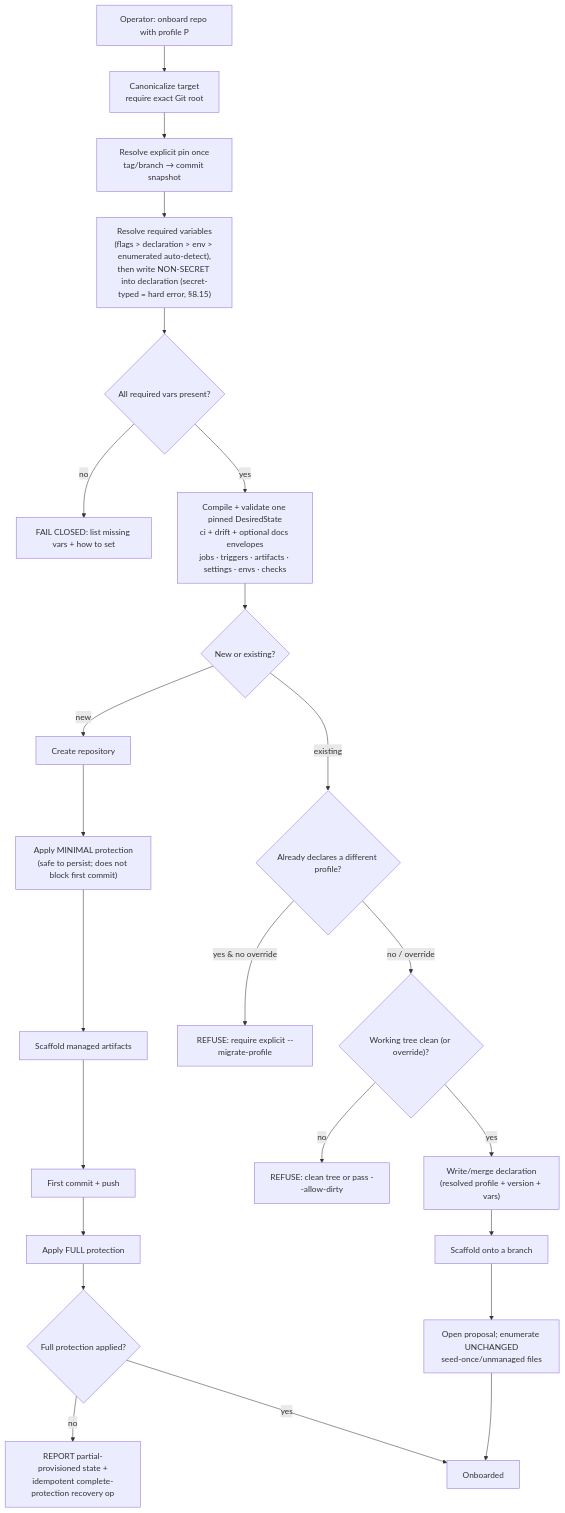
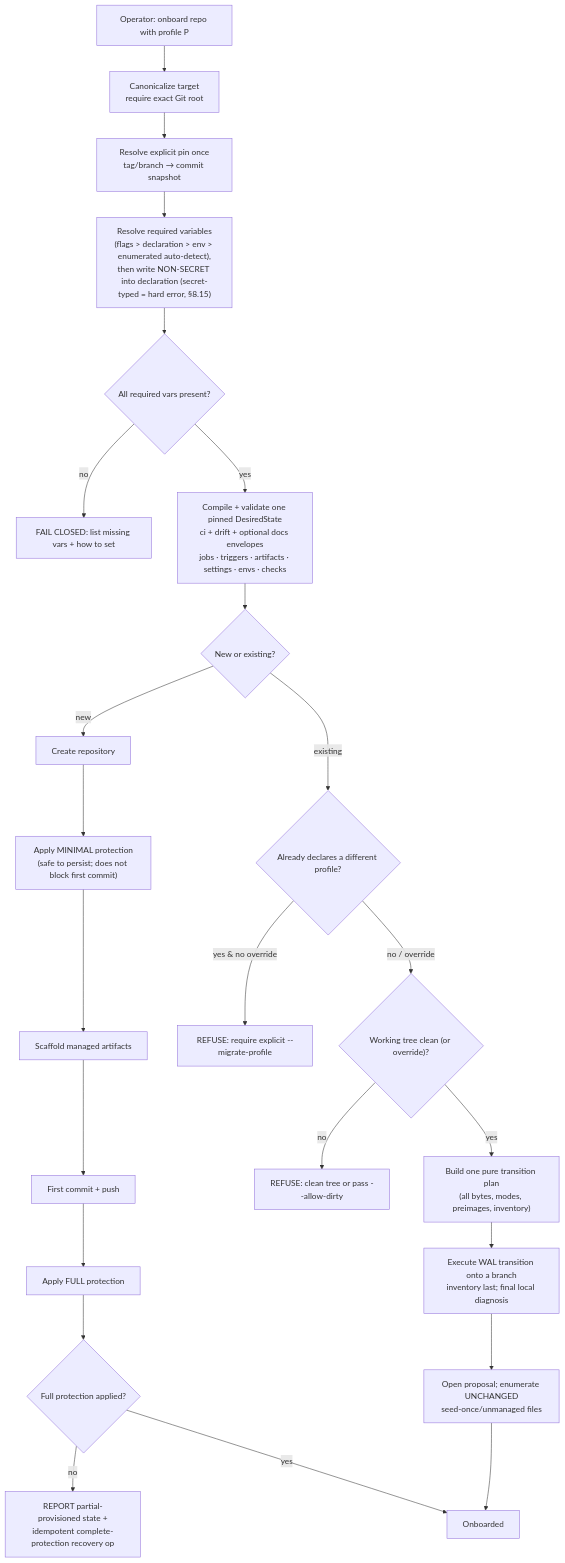
The diagram in docs/specifications/modules/onboarding/flow.md (amattas/aviato), drawn with Mermaid before and after one commit. The commit also changed other lines of this file and 11 other files, not shown here.

````diff
--- a/docs/specifications/modules/onboarding/flow.md
+++ b/docs/specifications/modules/onboarding/flow.md
@@ -104,28 +119,28 @@
 ```mermaid
 flowchart TD
     Start["Operator: onboard repo with profile P"] --> Root["Canonicalize target<br/>require exact Git root"]
     Root --> Pin["Resolve explicit pin once<br/>tag/branch → commit snapshot"]
     Pin --> Vars["Resolve required variables<br/>(flags > declaration > env > enumerated auto-detect),<br/>then write NON-SECRET into declaration (secret-typed = hard error, §8.15)"]
     Vars --> V{"All required vars present?"}
     V -- no --> Vfail["FAIL CLOSED: list missing vars + how to set"]
     V -- yes --> Compile["Compile + validate one pinned DesiredState<br/>ci + drift + optional docs envelopes<br/>jobs · triggers · artifacts · settings · envs · checks"]
     Compile --> Mode{"New or existing?"}
 
     Mode -- new --> N1["Create repository"]
     N1 --> N2["Apply MINIMAL protection<br/>(safe to persist; does not block first commit)"]
     N2 --> N3["Scaffold managed artifacts"]
     N3 --> N4["First commit + push"]
     N4 --> N5["Apply FULL protection"]
     N5 --> N6{"Full protection applied?"}
     N6 -- no --> N7["REPORT partial-provisioned state +<br/>idempotent complete-protection recovery op"]
     N6 -- yes --> Done["Onboarded"]
 
     Mode -- existing --> E0{"Already declares a different profile?"}
     E0 -- "yes & no override" --> Emig["REFUSE: require explicit --migrate-profile"]
     E0 -- "no / override" --> E1{"Working tree clean (or override)?"}
     E1 -- no --> Edirty["REFUSE: clean tree or pass --allow-dirty"]
-    E1 -- yes --> E2["Write/merge declaration<br/>(resolved profile + version + vars)"]
-    E2 --> E3["Scaffold onto a branch"]
+    E1 -- yes --> E2["Build one pure transition plan<br/>(all bytes, modes, preimages, inventory)"]
+    E2 --> E3["Execute WAL transition onto a branch<br/>inventory last; final local diagnosis"]
     E3 --> E4["Open proposal; enumerate UNCHANGED<br/>seed-once/unmanaged files"]
     E4 --> Done
 ```
````
